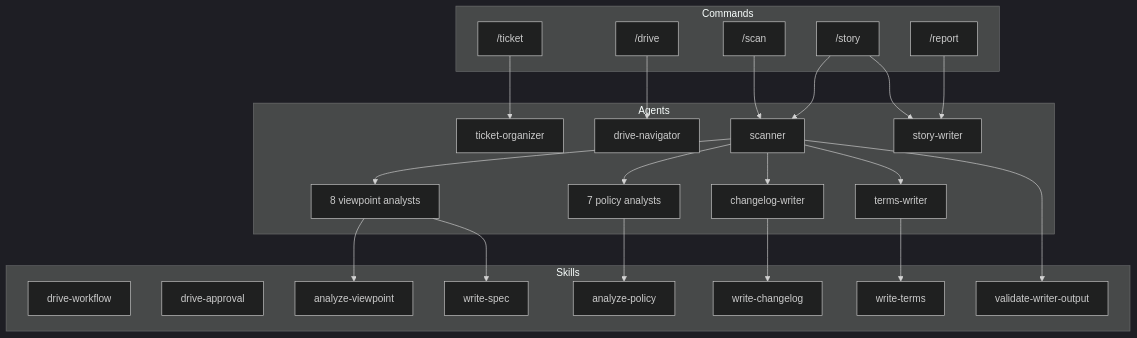
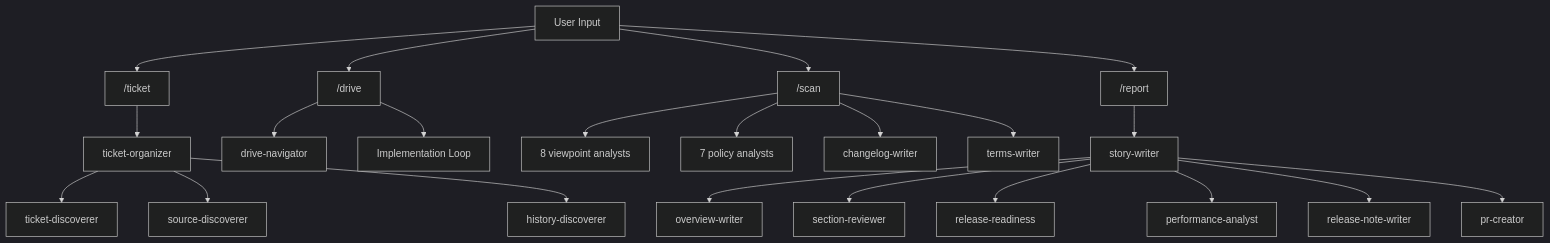
Before and after one commit to qmu/workaholic: the first of 3 diagrams in .workaholic/specs/component.md, drawn with Mermaid (dark theme). The commit also changed other lines of this file and 42 other files, not shown here.

````diff
--- a/.workaholic/specs/component.md
+++ b/.workaholic/specs/component.md
@@ -101,49 +64,28 @@
 ```mermaid
 flowchart TD
-    subgraph Commands
-        ticket["/ticket"]
-        drive["/drive"]
-        scan["/scan"]
-        story["/story"]
-        report["/report"]
-    end
+    User["User Input"] --> ticket["/ticket"]
+    User --> drive["/drive"]
+    User --> scan["/scan"]
+    User --> report["/report"]
 
-    subgraph Agents
-        TO[ticket-organizer]
-        DN[drive-navigator]
-        SC[scanner]
-        SW[story-writer]
-        VA[8 viewpoint analysts]
-        PA[7 policy analysts]
-        CW[changelog-writer]
-        TW[terms-writer]
-    end
+    ticket --> TO[ticket-organizer]
+    TO --> TD[ticket-discoverer]
+    TO --> SD[source-discoverer]
+    TO --> HD[history-discoverer]
 
-    subgraph Skills
-        DW[drive-workflow]
-        DA[drive-approval]
-        AV[analyze-viewpoint]
-        AP[analyze-policy]
-        WS[write-spec]
-        WT[write-terms]
-        WC[write-changelog]
-        VW[validate-writer-output]
-    end
+    drive --> DN[drive-navigator]
+    drive --> Impl["Implementation Loop"]
 
-    ticket --> TO
-    drive --> DN
-    scan --> SC
-    story --> SC
-    story --> SW
-    report --> SW
-    SC --> VA
-    SC --> PA
-    SC --> CW
-    SC --> TW
-    VA --> AV
-    VA --> WS
-    PA --> AP
-    CW --> WC
-    TW --> WT
-    SC --> VW
+    scan --> VA[8 viewpoint analysts]
+    scan --> PA[7 policy analysts]
+    scan --> CW[changelog-writer]
+    scan --> TW[terms-writer]
+
+    report --> SW[story-writer]
+    SW --> OW[overview-writer]
+    SW --> SR[section-reviewer]
+    SW --> RA[release-readiness]
+    SW --> PERF[performance-analyst]
+    SW --> RNW[release-note-writer]
+    SW --> PC[pr-creator]
 ```
````
